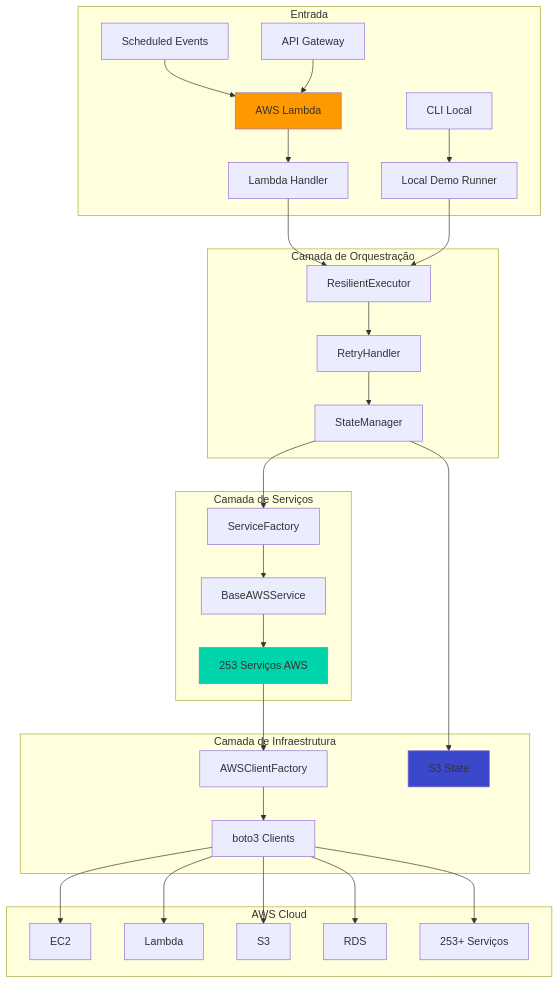
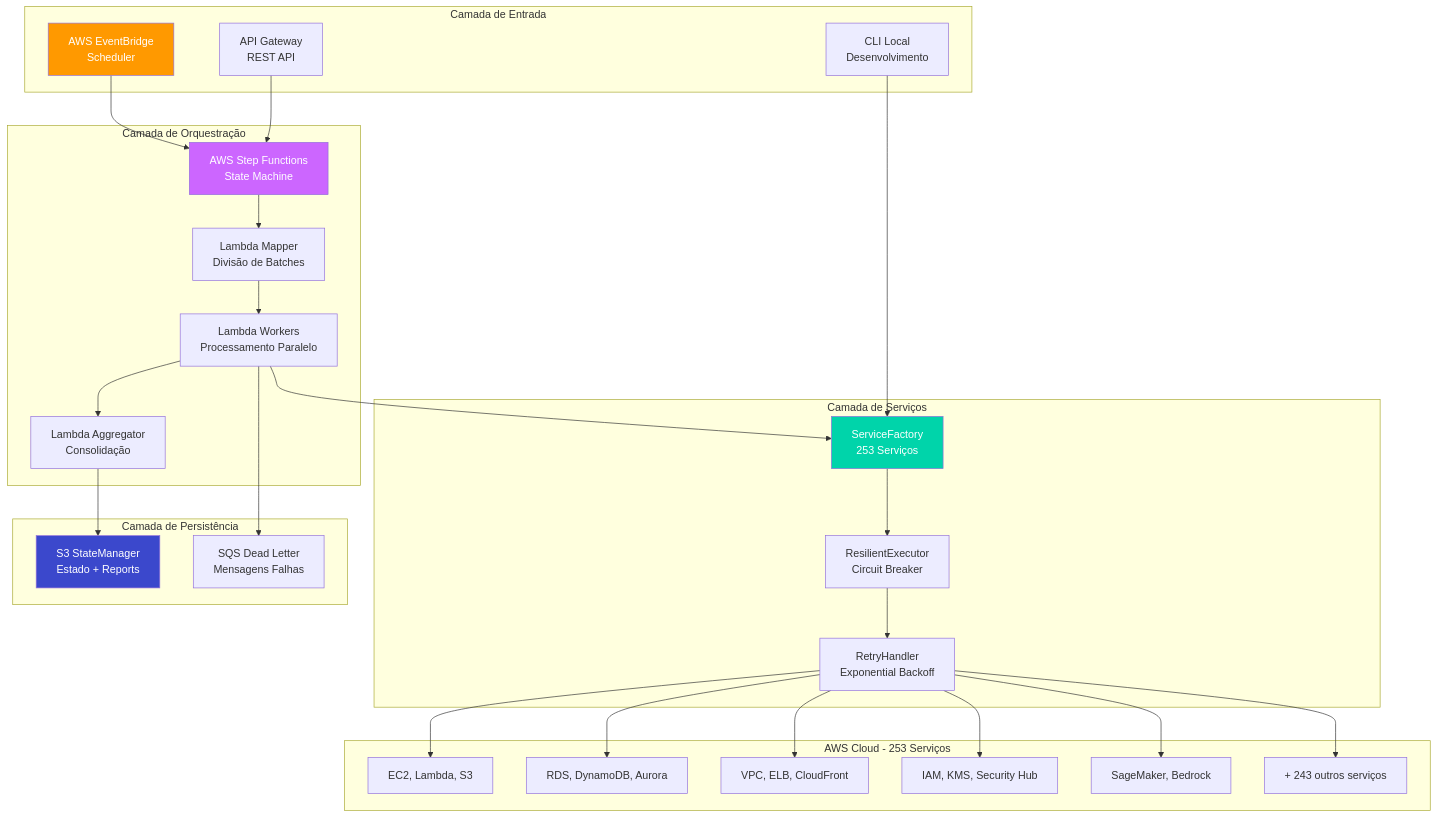
Before and after one commit to FELIPEACASTRO/finops-aws-bdr: the first of 9 diagrams in docs/TECHNICAL_GUIDE.md, drawn with Mermaid. The commit also changed other lines of this file and 6 other files, not shown here.

````diff
--- a/docs/TECHNICAL_GUIDE.md
+++ b/docs/TECHNICAL_GUIDE.md
@@ -25,40 +86,53 @@
 ```mermaid
 graph TB
-    subgraph "Entrada"
-        A[AWS Lambda] --> B[Lambda Handler]
-        C[CLI Local] --> D[Local Demo Runner]
-        E[Scheduled Events] --> A
-        F[API Gateway] --> A
+    subgraph "Camada de Entrada"
+        A[AWS EventBridge<br/>Scheduler] 
+        B[API Gateway<br/>REST API]
+        C[CLI Local<br/>Desenvolvimento]
     end
     
     subgraph "Camada de Orquestração"
-        B --> G[ResilientExecutor]
-        D --> G
-        G --> H[RetryHandler]
-        H --> I[StateManager]
+        D[AWS Step Functions<br/>State Machine]
+        E[Lambda Mapper<br/>Divisão de Batches]
+        F[Lambda Workers<br/>Processamento Paralelo]
+        G[Lambda Aggregator<br/>Consolidação]
     end
     
     subgraph "Camada de Serviços"
-        I --> J[ServiceFactory]
-        J --> K[BaseAWSService]
-        K --> L[253 Serviços AWS]
+        H[ServiceFactory<br/>253 Serviços]
+        I[ResilientExecutor<br/>Circuit Breaker]
+        J[RetryHandler<br/>Exponential Backoff]
     end
     
-    subgraph "Camada de Infraestrutura"
-        L --> M[AWSClientFactory]
-        M --> N[boto3 Clients]
-        I --> O[S3 State]
+    subgraph "Camada de Persistência"
+        K[S3 StateManager<br/>Estado + Reports]
+        L[SQS Dead Letter<br/>Mensagens Falhas]
     end
     
-    subgraph "AWS Cloud"
-        N --> P[EC2]
-        N --> Q[Lambda]
-        N --> R[S3]
-        N --> S[RDS]
-        N --> T[253+ Serviços]
+    subgraph "AWS Cloud - 253 Serviços"
+        M[EC2, Lambda, S3]
+        N[RDS, DynamoDB, Aurora]
+        O[VPC, ELB, CloudFront]
+        P[IAM, KMS, Security Hub]
+        Q[SageMaker, Bedrock]
+        R[+ 243 outros serviços]
     end
     
-    style A fill:#ff9900
-    style L fill:#00d4aa
-    style O fill:#3b48cc
+    A --> D
+    B --> D
+    C --> H
+    D --> E
+    E --> F
+    F --> G
+    F --> H
+    H --> I
+    I --> J
+    J --> M & N & O & P & Q & R
+    G --> K
+    F --> L
+    
+    style A fill:#ff9900,color:#fff
+    style D fill:#cc66ff,color:#fff
+    style H fill:#00d4aa,color:#fff
+    style K fill:#3b48cc,color:#fff
 ```
````
